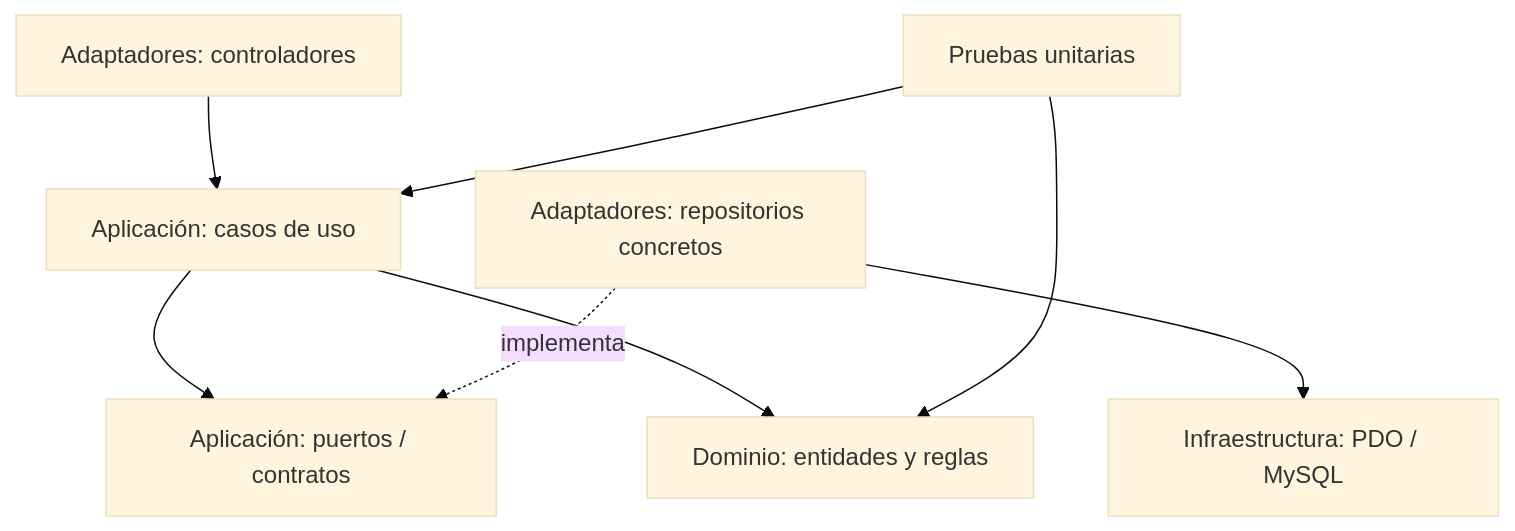
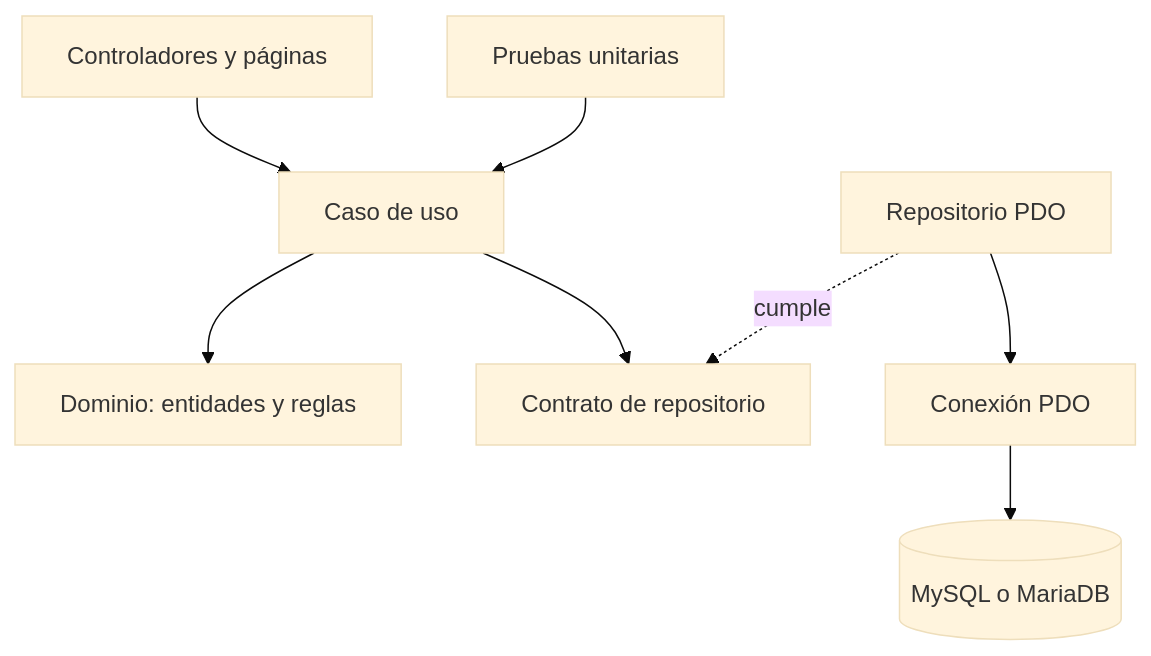
The diagram in README.md (deimargarcia/sistema-restaurante-uab-Nuevo), drawn with Mermaid (base theme) before and after one commit. The commit also changed other lines of this file, not shown here.

Commit message:
Explicar la arquitectura y el uso del proyecto

````diff
--- a/README.md
+++ b/README.md
@@ -7,10 +9,10 @@
 ```mermaid
-flowchart TB
-    Web[Adaptadores: controladores] --> App[Aplicación: casos de uso]
-    App --> Port[Aplicación: puertos / contratos]
-    App --> Domain[Dominio: entidades y reglas]
-    Repo[Adaptadores: repositorios concretos] -. implementa .-> Port
-    Repo --> Infra[Infraestructura: PDO / MySQL]
-    Tests[Pruebas unitarias] --> App
-    Tests --> Domain
+flowchart TD
+    Web[Controladores y páginas] --> Caso[Caso de uso]
+    Caso --> Regla[Dominio: entidades y reglas]
+    Caso --> Puerto[Contrato de repositorio]
+    Repositorio[Repositorio PDO] -. cumple .-> Puerto
+    Repositorio --> Conexion[Conexión PDO]
+    Conexion --> Base[(MySQL o MariaDB)]
+    Pruebas[Pruebas unitarias] --> Caso
 ```
````
